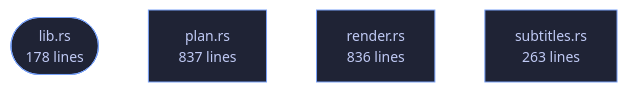
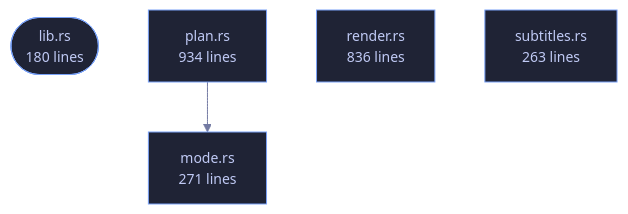
One commit to tilas01/veilvoice changed the diagram in crates/veilvoice-conversation/README.md. Above: the diagram before and after it, drawn with Mermaid. The commit also changed other lines of this file and 68 other files, not shown here.

````diff
--- a/crates/veilvoice-conversation/README.md
+++ b/crates/veilvoice-conversation/README.md
@@ -104,12 +104,15 @@
 ```mermaid
 %%{init: {"theme":"base","themeVariables":{"background":"#1a1b26","primaryColor":"#1f2335","primaryTextColor":"#c0caf5","primaryBorderColor":"#7aa2f7","secondaryColor":"#16161e","tertiaryColor":"#16161e","lineColor":"#737aa2","textColor":"#c0caf5","mainBkg":"#1f2335","nodeBorder":"#7aa2f7","clusterBkg":"#16161e","clusterBorder":"#2f3549","fontFamily":"ui-monospace, SFMono-Regular, Consolas, monospace","fontSize":"14px"}}}%%
 flowchart TD
-    n_lib(["lib.rs<br/>178 lines"])
-    n_plan["plan.rs<br/>837 lines"]
+    n_lib(["lib.rs<br/>180 lines"])
+    n_mode["mode.rs<br/>271 lines"]
+    n_plan["plan.rs<br/>934 lines"]
     n_render["render.rs<br/>836 lines"]
     n_subtitles["subtitles.rs<br/>263 lines"]
+    n_plan --> n_mode
     click n_lib href "https://github.com/tilas01/veilvoice/blob/main/crates/veilvoice-conversation/src/lib.rs" "open the source"
+    click n_mode href "https://github.com/tilas01/veilvoice/blob/main/crates/veilvoice-conversation/src/mode.rs" "open the source"
     click n_plan href "https://github.com/tilas01/veilvoice/blob/main/crates/veilvoice-conversation/src/plan.rs" "open the source"
     click n_render href "https://github.com/tilas01/veilvoice/blob/main/crates/veilvoice-conversation/src/render.rs" "open the source"
     click n_subtitles href "https://github.com/tilas01/veilvoice/blob/main/crates/veilvoice-conversation/src/subtitles.rs" "open the source"
 ```
````
